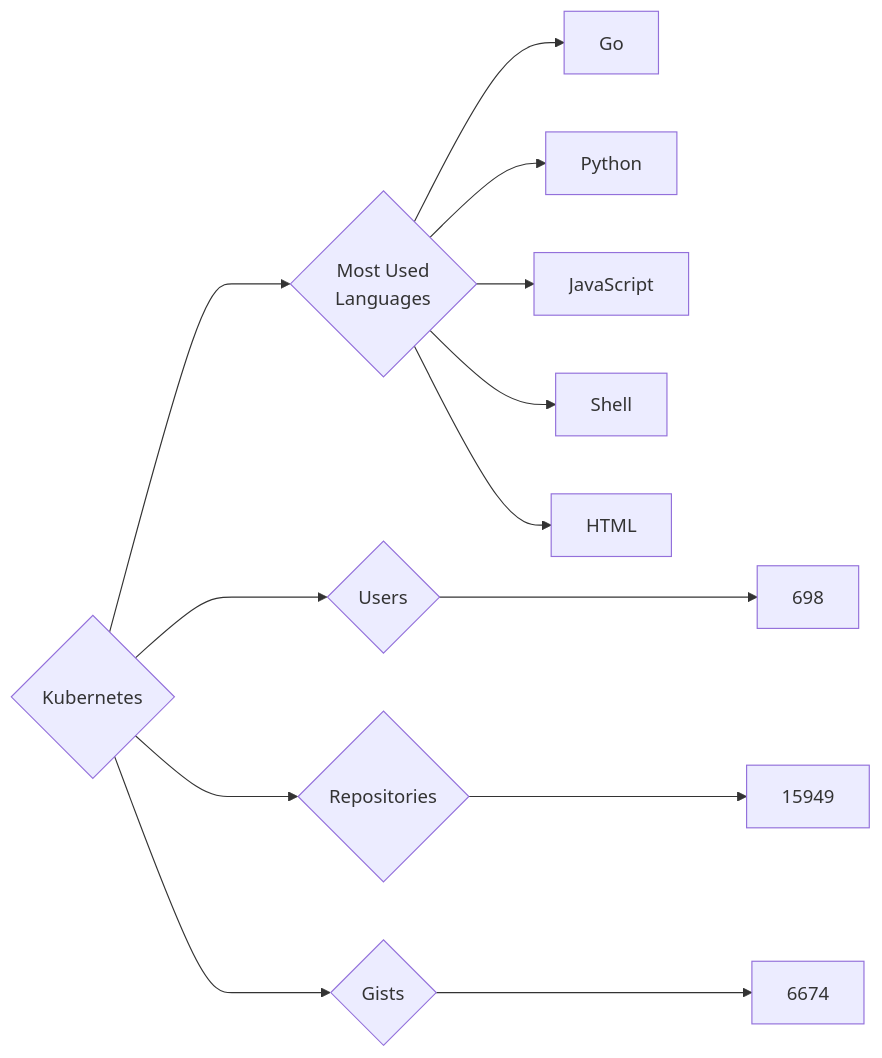
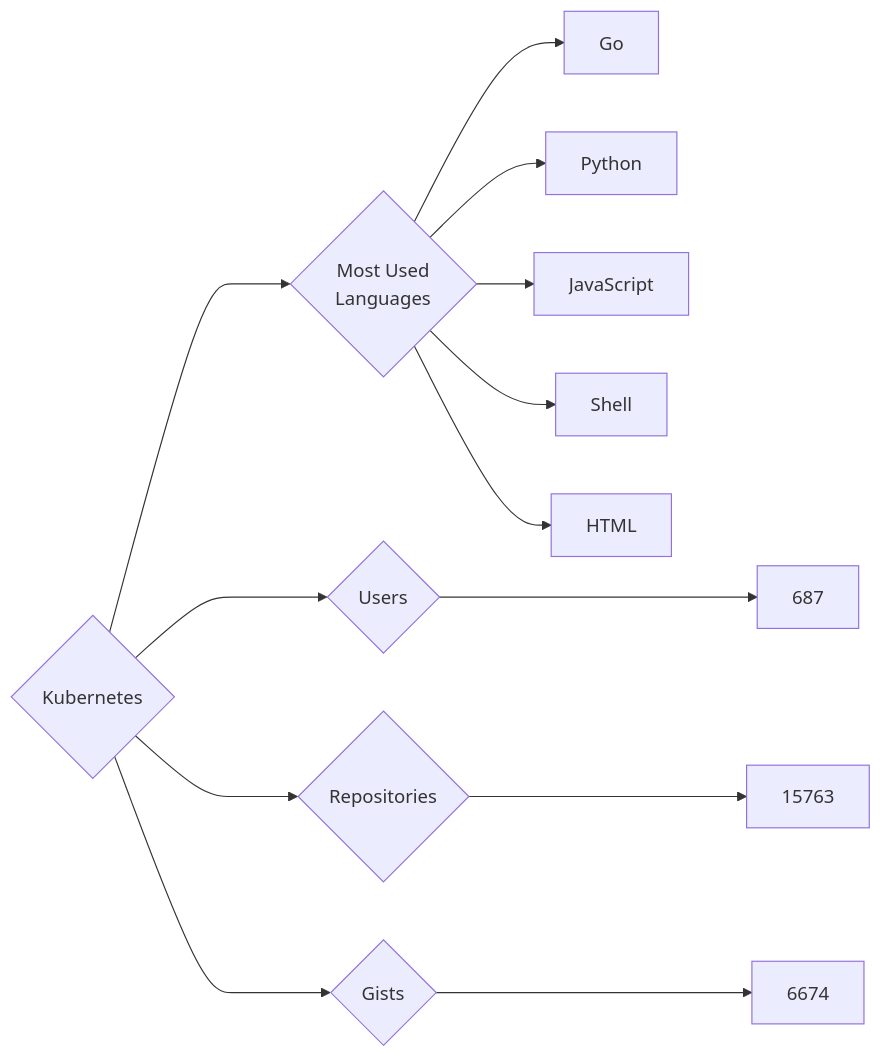
Before and after one commit to trickest/insiders: the diagram in targets/Kubernetes/README.md, drawn with Mermaid. The commit also changed 772 other files, not shown here.

````diff
--- a/targets/Kubernetes/README.md
+++ b/targets/Kubernetes/README.md
@@ -3,13 +3,13 @@
 ```mermaid
 graph LR
 COMPANY_NAME{Kubernetes}
-COMPANY_NAME ---> U{Users} ---> UN[698]
-COMPANY_NAME ---> R{Repositories} ---> RN[15949]
+COMPANY_NAME ---> U{Users} ---> UN[687]
+COMPANY_NAME ---> R{Repositories} ---> RN[15763]
 COMPANY_NAME ---> G{Gists} ---> GN[6674]
 COMPANY_NAME ---> ML{Most Used<br>Languages}
 ML --> Go[Go]
 ML --> Python[Python]
 ML --> JavaScript[JavaScript]
 ML --> Shell[Shell]
 ML --> HTML[HTML]
 ```
````
